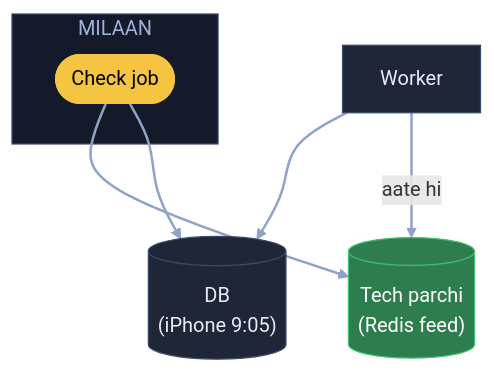
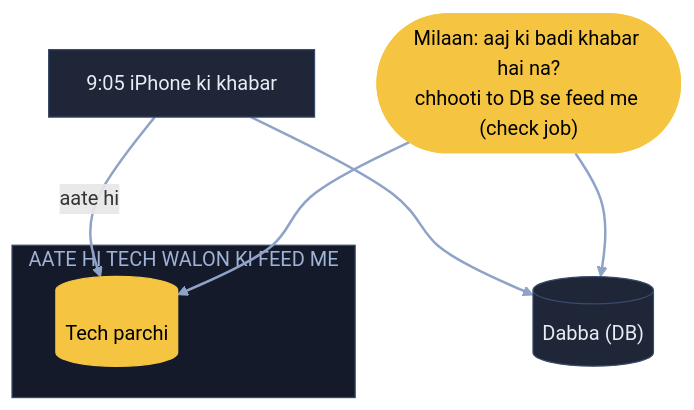
The seventh of 11 diagrams in 04_HLD/SYSTEM_DESIGNS/08_news_aggregator/08_news_aggregator.md (ArpanMaheshwari144/Prep), drawn with Mermaid before and after one commit. The commit also changed other lines of this file, not shown here.

Commit message:
News: 11 diagram hand notes ke shabdon se; K6 se apna jodा timeout / circuit breaker hataya

````diff
--- a/04_HLD/SYSTEM_DESIGNS/08_news_aggregator/08_news_aggregator.md
+++ b/04_HLD/SYSTEM_DESIGNS/08_news_aggregator/08_news_aggregator.md
@@ -212,19 +214,19 @@
 ```mermaid
 flowchart TB
-    W["Worker"]:::card
-    D[("DB<br/>(iPhone 9:05)")]:::card
-    P[("Tech parchi<br/>(Redis feed)")]:::good
-    subgraph ML["MILAAN"]
-        J(["Check job"]):::pill
+    W["9:05 iPhone ki khabar"]:::card
+    D[("Dabba (DB)")]:::card
+    subgraph AH["AATE HI TECH WALON KI FEED ME"]
+        P[("Tech parchi")]:::pill
     end
+    J(["Milaan: aaj ki badi khabar hai na?<br/>chhooti to DB se feed me (check job)"]):::pill
     W --> D
     W -- "aate hi" --> P
     J --> P
     J --> D
     linkStyle default stroke:#8fa3c7,stroke-width:2px
     classDef card fill:#1e2638,stroke:#3a4a6b,color:#e8ecf5
     classDef pill fill:#f5c542,stroke:#f5c542,color:#000
     classDef good fill:#2e7d4f,stroke:#3fbf6f,color:#fff
     classDef bad fill:#5c1f24,stroke:#e05561,color:#fff
-    style ML fill:#141a29,stroke:#3a4a6b,color:#9fb3d9
+    style AH fill:#141a29,stroke:#3a4a6b,color:#9fb3d9
 ```
````
